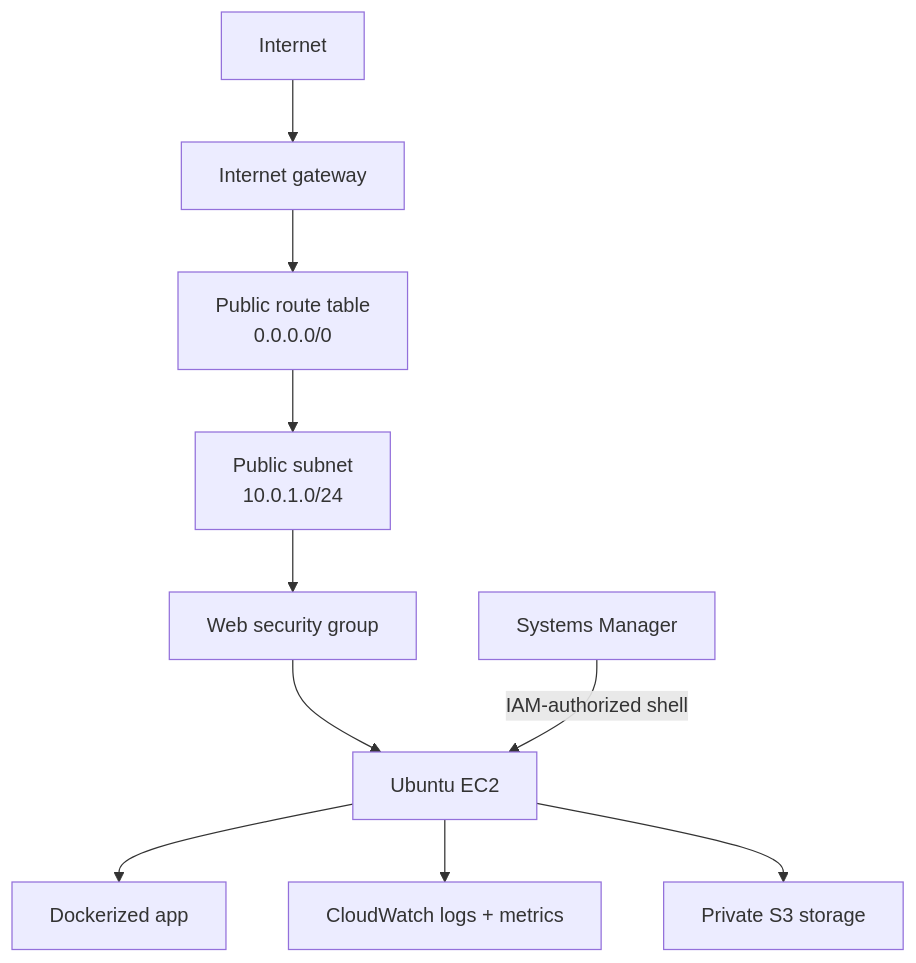
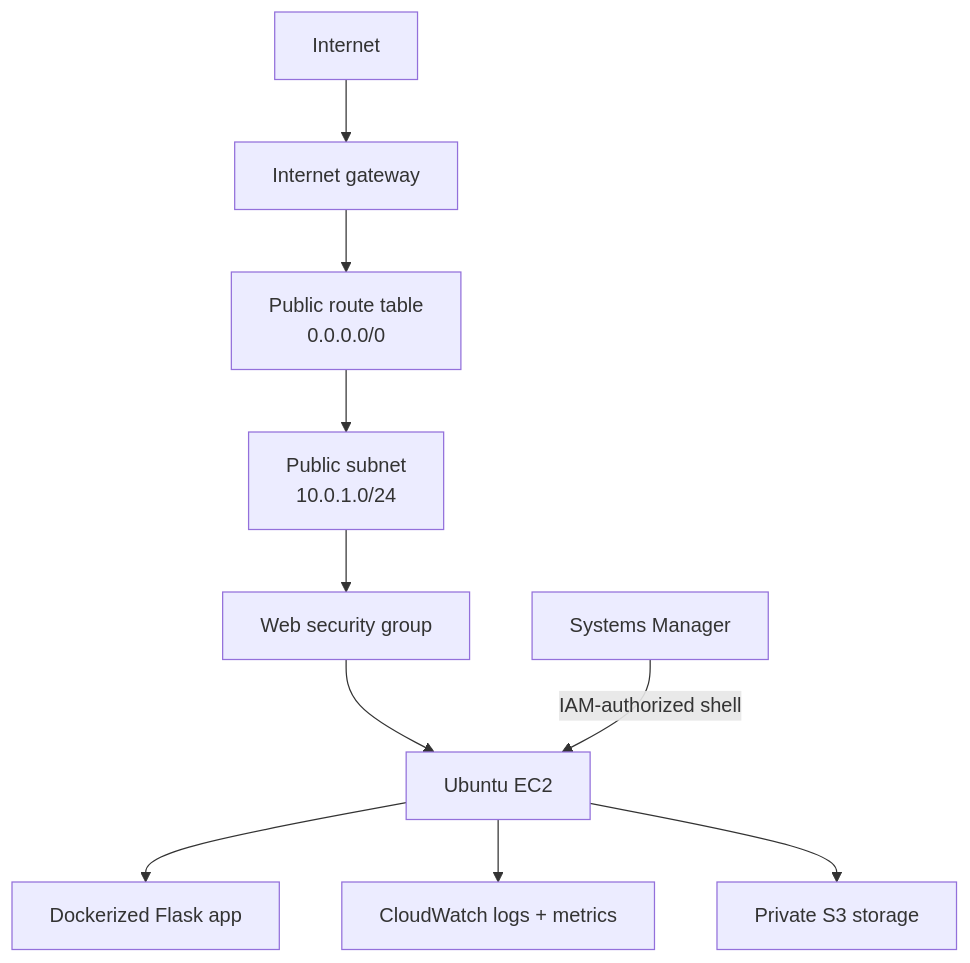
Before and after one commit to audhipa/homelab: the diagram in aws-cloud-ops/docs/01-architecture.md, drawn with Mermaid. The commit also changed other lines of this file, not shown here.

````diff
--- a/aws-cloud-ops/docs/01-architecture.md
+++ b/aws-cloud-ops/docs/01-architecture.md
@@ -9,13 +17,13 @@
 ```mermaid
 flowchart TD
     internet["Internet"] --> igw["Internet gateway"]
-    igw --> route["Public route table\n0.0.0.0/0"]
-    route --> subnet["Public subnet\n10.0.1.0/24"]
+    igw --> route["Public route table<br/>0.0.0.0/0"]
+    route --> subnet["Public subnet<br/>10.0.1.0/24"]
     subnet --> sg["Web security group"]
     sg --> ec2["Ubuntu EC2"]
-    ec2 --> app["Dockerized app"]
+    ec2 --> app["Dockerized Flask app"]
 
     ssm["Systems Manager"] -->|"IAM-authorized shell"| ec2
     ec2 --> cw["CloudWatch logs + metrics"]
     ec2 --> s3["Private S3 storage"]
 ```
````
